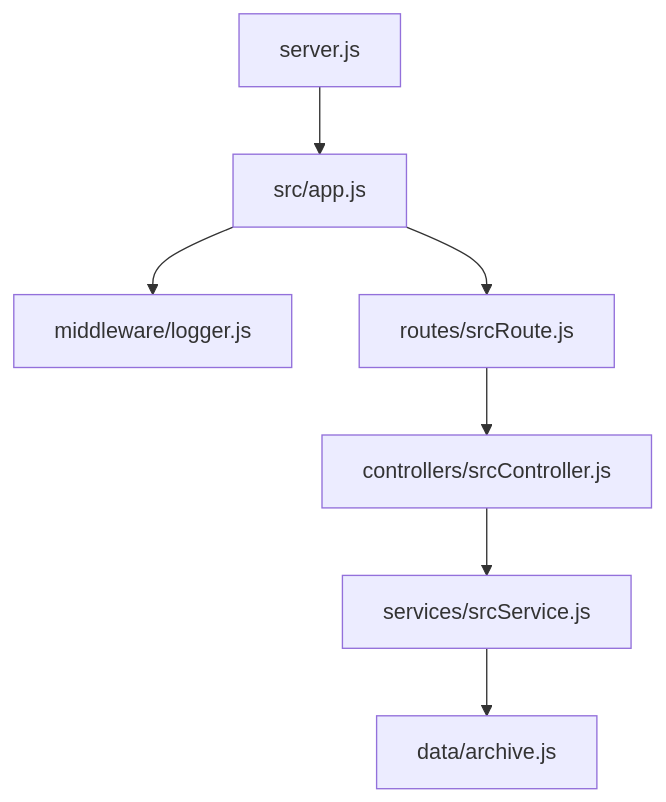
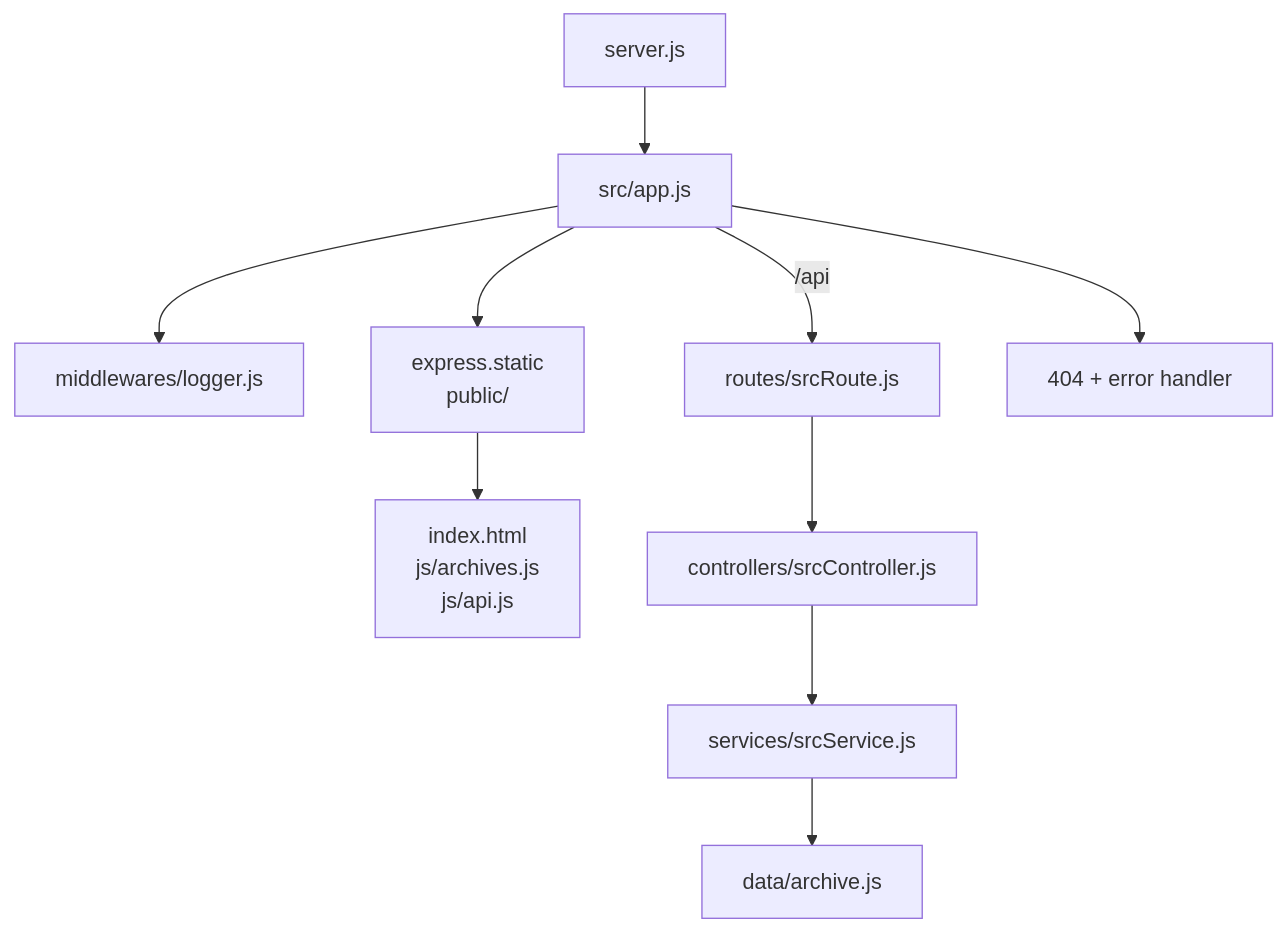
One commit to Niller-nuller/FeedbackStarWarsOpgave changed the third of 3 diagrams in readme.md. Above: the diagram before and after it, drawn with Mermaid. The commit also changed other lines of this file and 1 other file, not shown here.

````diff
--- a/readme.md
+++ b/readme.md
@@ -20,9 +52,15 @@
 ```mermaid
 flowchart TD
     Server[server.js] --> App[src/app.js]
-    App --> Logger[middleware/logger.js]
-    App --> Routes[routes/srcRoute.js]
+
+    App --> Logger[middlewares/logger.js]
+    App --> Static["express.static<br/>public/"]
+    App -->|"/api"| Routes[routes/srcRoute.js]
+    App --> Errors["404 + error handler"]
+
+    Static --> Frontend["index.html<br/>js/archives.js<br/>js/api.js"]
+
     Routes --> Controller[controllers/srcController.js]
     Controller --> Service[services/srcService.js]
     Service --> Data[data/archive.js]
 ```
````
